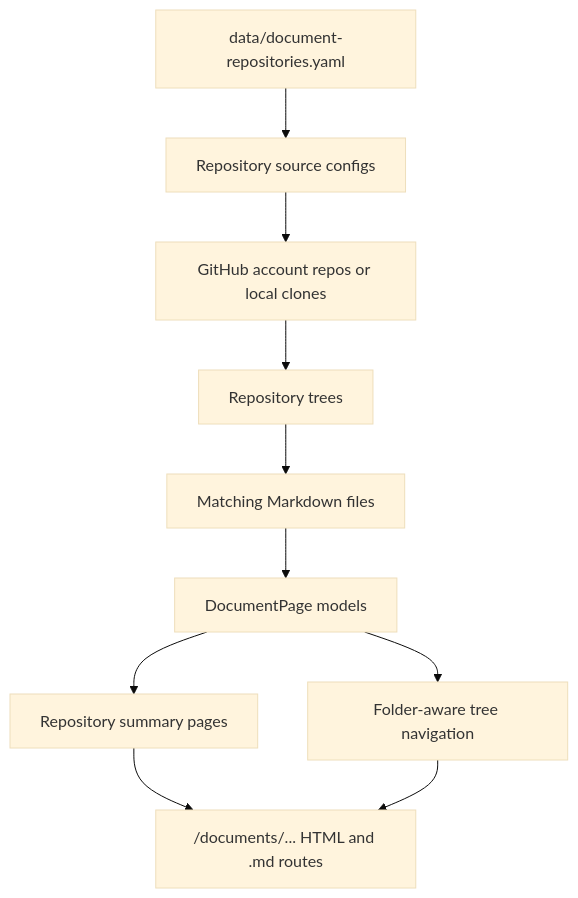
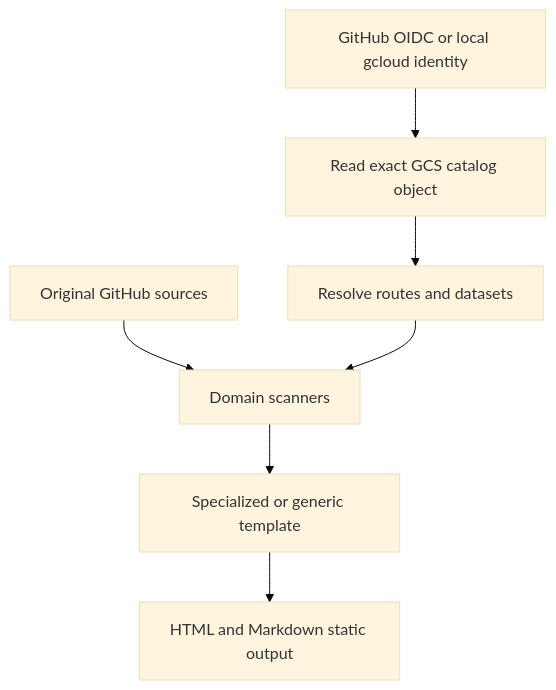
One commit to gvillarroel/technology changed the diagram in docs/configuration/data-sources-and-build.md. Above: the diagram before and after it, drawn with Mermaid (base theme). The commit also changed other lines of this file and 51 other files, not shown here.

````diff
--- a/docs/configuration/data-sources-and-build.md
+++ b/docs/configuration/data-sources-and-build.md
@@ -63,12 +16,9 @@
 ```mermaid
 flowchart TD
-    A["data/document-repositories.yaml"] --> B["Repository source configs"]
-    B --> C["GitHub account repos or local clones"]
-    C --> D["Repository trees"]
-    D --> E["Matching Markdown files"]
-    E --> F["DocumentPage models"]
-    F --> G["Repository summary pages"]
-    F --> H["Folder-aware tree navigation"]
-    G --> I["/documents/... HTML and .md routes"]
-    H --> I
+    A["GitHub OIDC or local gcloud identity"] --> B["Read exact GCS catalog object"]
+    B --> C["Resolve routes and datasets"]
+    D["Original GitHub sources"] --> E["Domain scanners"]
+    C --> E
+    E --> F["Specialized or generic template"]
+    F --> G["HTML and Markdown static output"]
 ```
````
